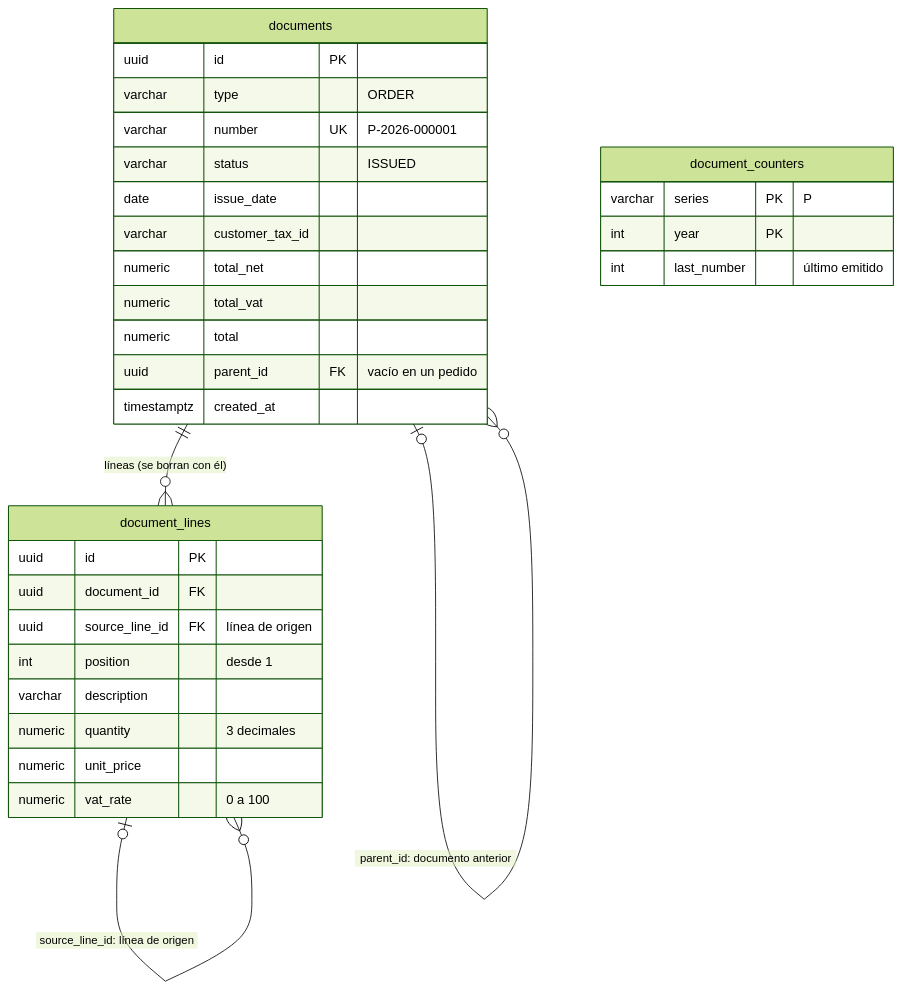
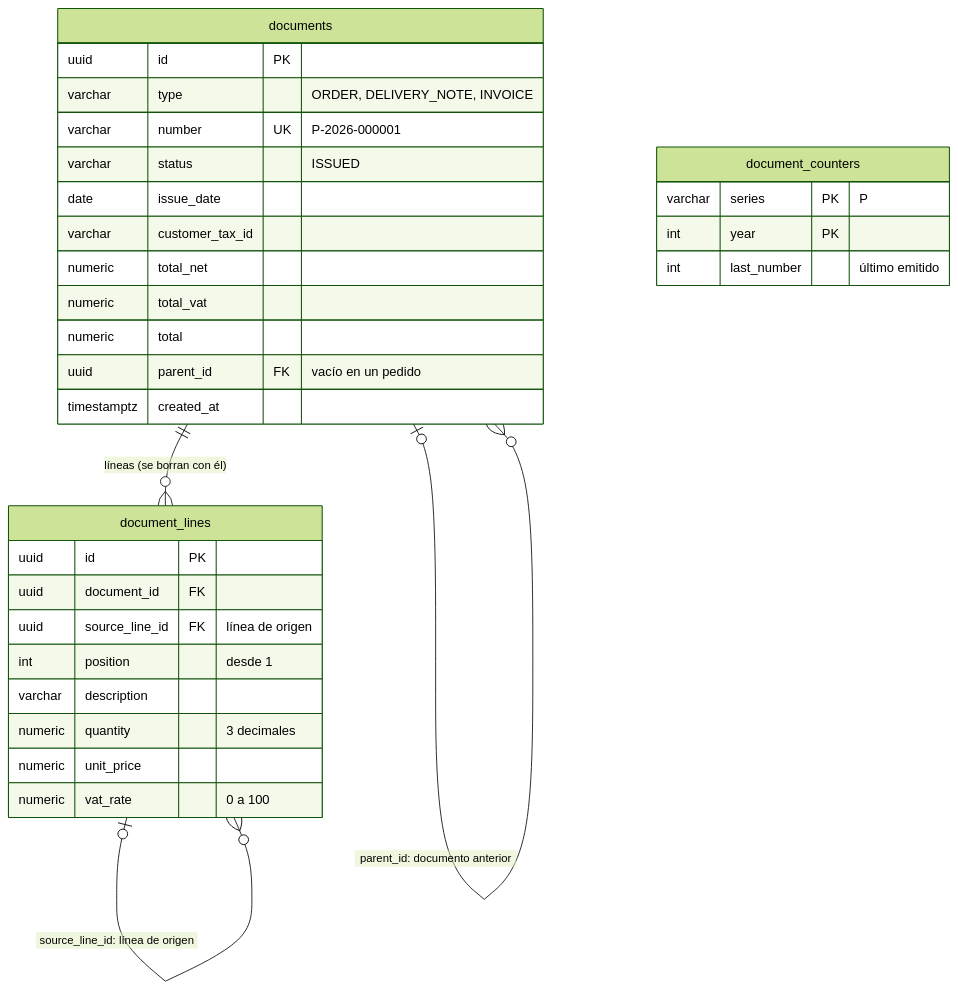
Before and after one commit to pablomatgom/verifactu-trace: the diagram in docs/database.md, drawn with Mermaid (forest theme). The commit also changed other lines of this file and 25 other files, not shown here.

````diff
--- a/docs/database.md
+++ b/docs/database.md
@@ -55,35 +55,35 @@
 ```mermaid
 erDiagram
     documents ||--o{ document_lines : "líneas (se borran con él)"
     document_lines |o--o{ document_lines : "source_line_id: línea de origen"
     documents |o--o{ documents : "parent_id: documento anterior"
 
     documents {
         uuid id PK
-        varchar type "ORDER"
+        varchar type "ORDER, DELIVERY_NOTE, INVOICE"
         varchar number UK "P-2026-000001"
         varchar status "ISSUED"
         date issue_date
         varchar customer_tax_id
         numeric total_net
         numeric total_vat
         numeric total
         uuid parent_id FK "vacío en un pedido"
         timestamptz created_at
     }
     document_lines {
         uuid id PK
         uuid document_id FK
         uuid source_line_id FK "línea de origen"
         int position "desde 1"
         varchar description
         numeric quantity "3 decimales"
         numeric unit_price
         numeric vat_rate "0 a 100"
     }
     document_counters {
         varchar series PK "P"
         int year PK
         int last_number "último emitido"
     }
 ```
````
